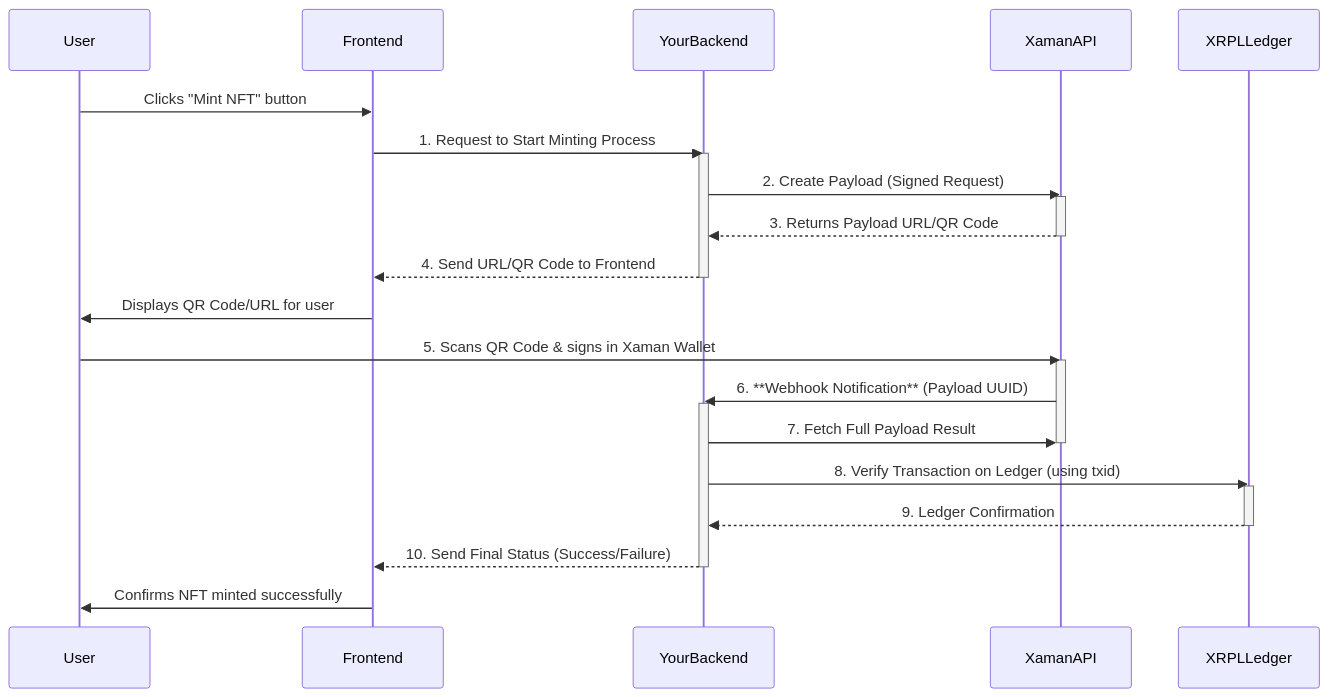
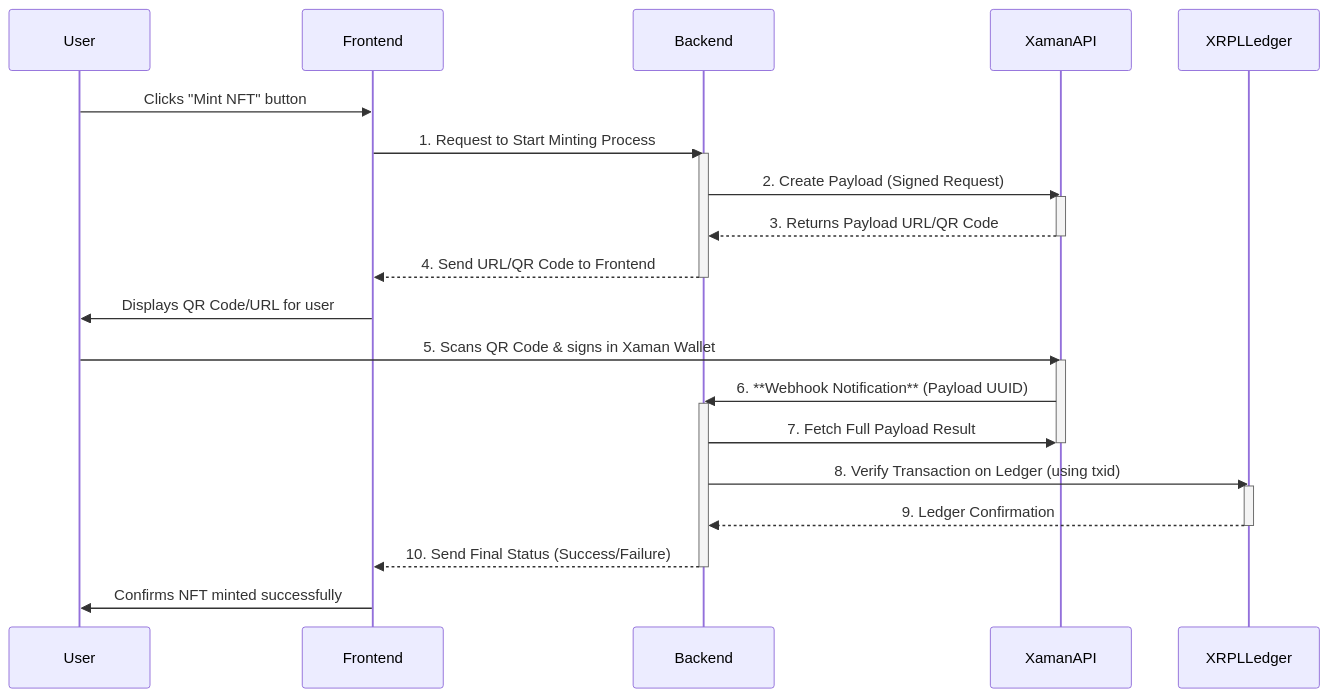
Before and after one commit to XVM-VoltRWA/rwa_marketplace: the diagram in rwa_mkplace_be/supabase/functions/create-nft/docs.md, drawn with Mermaid. The commit also changed other lines of this file and 16 other files, not shown here.

Commit message:
Refactor XUMM payload handling and authentication in create-nft and create-offer functions; add JWT support in xumm-signin; implement webhook processing for offer status updates.

````diff
--- a/rwa_mkplace_be/supabase/functions/create-nft/docs.md
+++ b/rwa_mkplace_be/supabase/functions/create-nft/docs.md
@@ -5,34 +3,34 @@
 ```mermaid
 sequenceDiagram
     participant User
     participant Frontend
-    participant YourBackend
+    participant Backend
     participant XamanAPI
     participant XRPLLedger
 
     User->>Frontend: Clicks "Mint NFT" button
-    Frontend->>YourBackend: 1. Request to Start Minting Process
-    activate YourBackend
-    YourBackend->>XamanAPI: 2. Create Payload (Signed Request)
+    Frontend->>Backend: 1. Request to Start Minting Process
+    activate Backend
+    Backend->>XamanAPI: 2. Create Payload (Signed Request)
     activate XamanAPI
-    XamanAPI-->>YourBackend: 3. Returns Payload URL/QR Code
+    XamanAPI-->>Backend: 3. Returns Payload URL/QR Code
     deactivate XamanAPI
-    YourBackend-->>Frontend: 4. Send URL/QR Code to Frontend
-    deactivate YourBackend
+    Backend-->>Frontend: 4. Send URL/QR Code to Frontend
+    deactivate Backend
 
     Frontend->>User: Displays QR Code/URL for user
     User->>XamanAPI: 5. Scans QR Code & signs in Xaman Wallet
     activate XamanAPI
-    XamanAPI->>YourBackend: 6. **Webhook Notification** (Payload UUID)
-    activate YourBackend
-    YourBackend->>XamanAPI: 7. Fetch Full Payload Result
+    XamanAPI->>Backend: 6. **Webhook Notification** (Payload UUID)
+    activate Backend
+    Backend->>XamanAPI: 7. Fetch Full Payload Result
     deactivate XamanAPI
-    YourBackend->>XRPLLedger: 8. Verify Transaction on Ledger (using txid)
+    Backend->>XRPLLedger: 8. Verify Transaction on Ledger (using txid)
     activate XRPLLedger
-    XRPLLedger-->>YourBackend: 9. Ledger Confirmation
+    XRPLLedger-->>Backend: 9. Ledger Confirmation
     deactivate XRPLLedger
 
-    YourBackend-->>Frontend: 10. Send Final Status (Success/Failure)
-    deactivate YourBackend
+    Backend-->>Frontend: 10. Send Final Status (Success/Failure)
+    deactivate Backend
     Frontend->>User: Confirms NFT minted successfully
 ```
````
